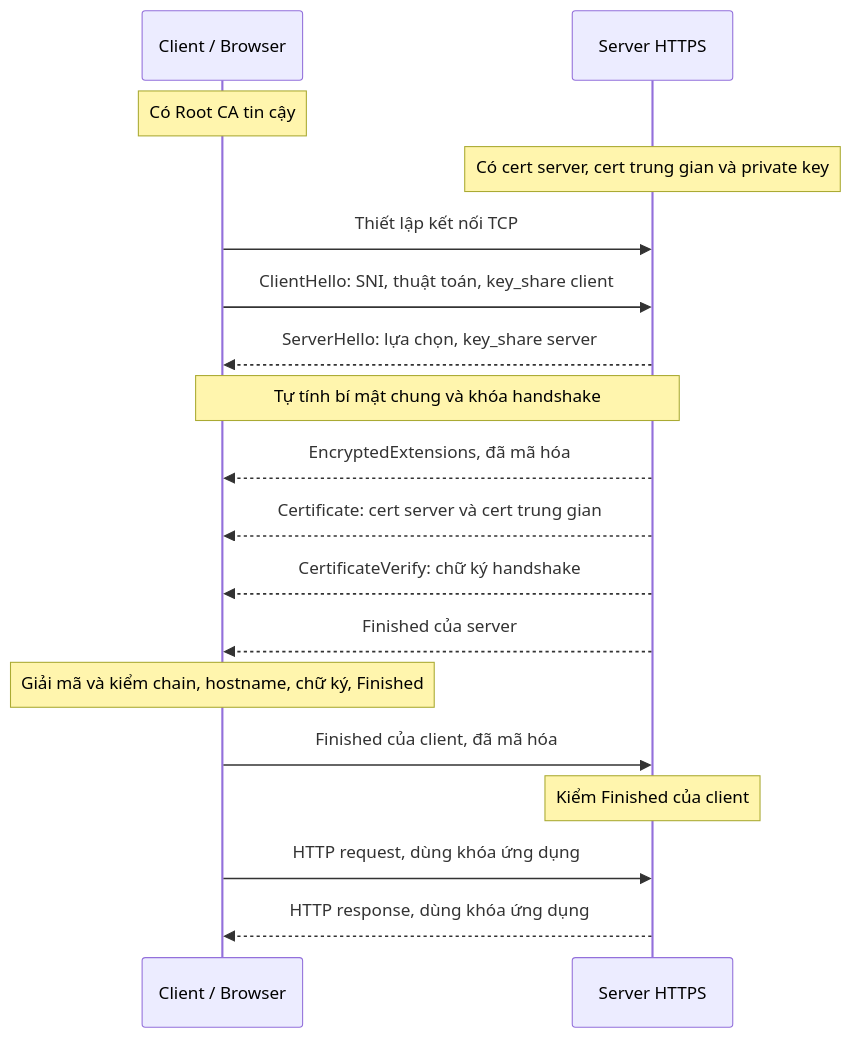
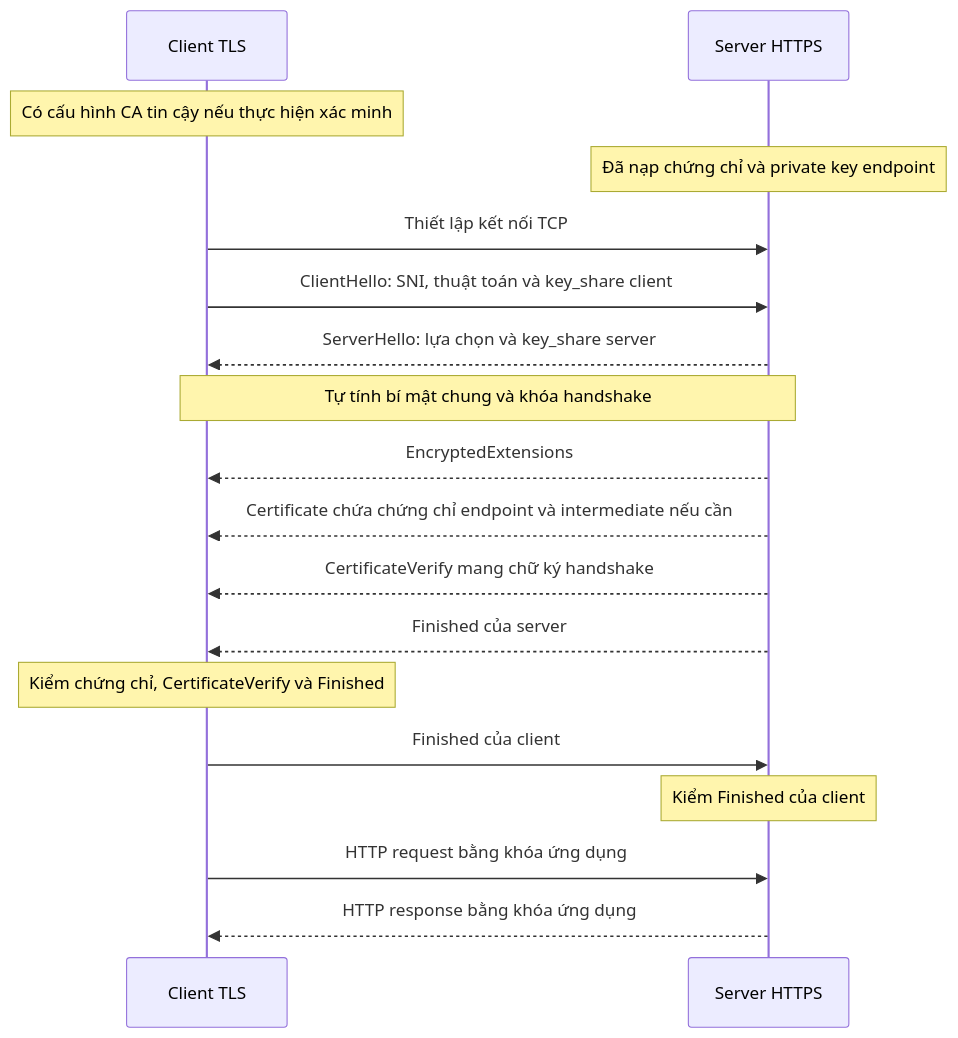
The second of 2 diagrams in cloudflare-rancher-docs/ca-tls-https-request-response.md (hieupham259/ansible_playbook_k8s-installation), drawn with Mermaid before and after one commit. The commit also changed other lines of this file, not shown here.

Commit message:
docs: rewrite TLS foundation as reference for Rancher certificate workflow

````diff
--- a/cloudflare-rancher-docs/ca-tls-https-request-response.md
+++ b/cloudflare-rancher-docs/ca-tls-https-request-response.md
@@ -311,27 +501,24 @@
 ```mermaid
 sequenceDiagram
-    participant C as Client / Browser
+    participant C as Client TLS
     participant S as Server HTTPS
 
-    Note over C: Có Root CA tin cậy
-    Note over S: Có cert server, cert trung gian và private key
+    Note over C: Có cấu hình CA tin cậy nếu thực hiện xác minh
+    Note over S: Đã nạp chứng chỉ và private key endpoint
 
     C->>S: Thiết lập kết nối TCP
-    C->>S: ClientHello: SNI, thuật toán, key_share client
-    S-->>C: ServerHello: lựa chọn, key_share server
-
+    C->>S: ClientHello: SNI, thuật toán và key_share client
+    S-->>C: ServerHello: lựa chọn và key_share server
     Note over C,S: Tự tính bí mật chung và khóa handshake
 
-    S-->>C: EncryptedExtensions, đã mã hóa
-    S-->>C: Certificate: cert server và cert trung gian
-    S-->>C: CertificateVerify: chữ ký handshake
+    S-->>C: EncryptedExtensions
+    S-->>C: Certificate chứa chứng chỉ endpoint và intermediate nếu cần
+    S-->>C: CertificateVerify mang chữ ký handshake
     S-->>C: Finished của server
+    Note over C: Kiểm chứng chỉ, CertificateVerify và Finished
 
-    Note over C: Giải mã và kiểm chain, hostname, chữ ký, Finished
-
-    C->>S: Finished của client, đã mã hóa
+    C->>S: Finished của client
     Note over S: Kiểm Finished của client
-
-    C->>S: HTTP request, dùng khóa ứng dụng
-    S-->>C: HTTP response, dùng khóa ứng dụng
+    C->>S: HTTP request bằng khóa ứng dụng
+    S-->>C: HTTP response bằng khóa ứng dụng
 ```
````
